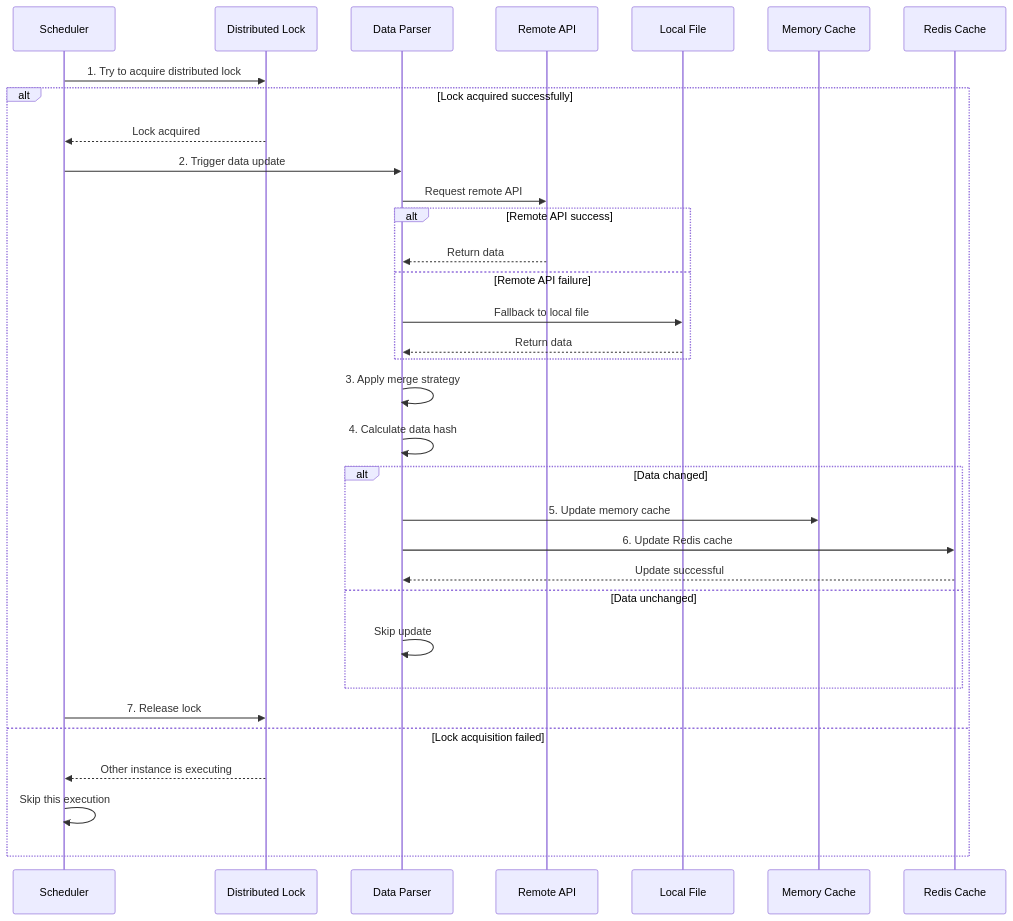
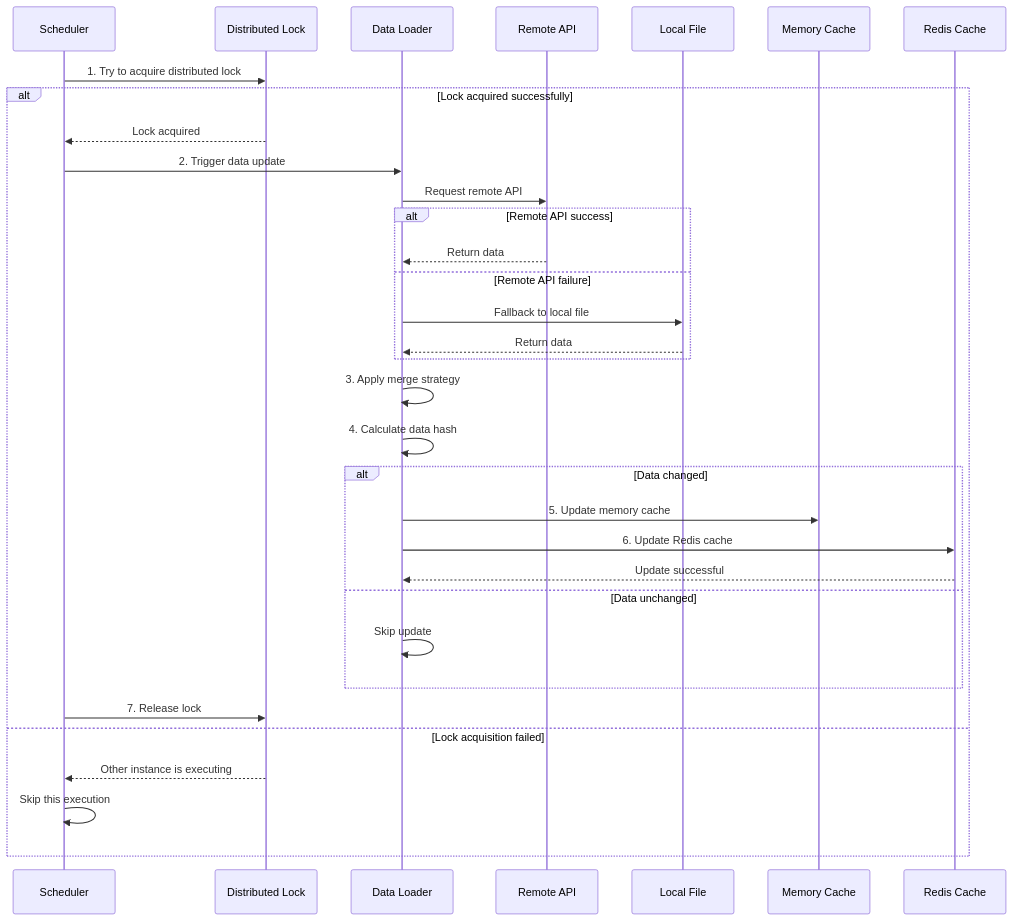
One commit to soulteary/warden changed the third of 7 diagrams in docs/deDE/ARCHITECTURE.md. Above: the diagram before and after it, drawn with Mermaid. The commit also changed other lines of this file and 30 other files, not shown here.

````diff
--- a/docs/deDE/ARCHITECTURE.md
+++ b/docs/deDE/ARCHITECTURE.md
@@ -132,36 +132,36 @@
 ```mermaid
 sequenceDiagram
     participant Scheduler as Scheduler
     participant Lock as Distributed Lock
-    participant Parser as Data Parser
+    participant Loader as Data Loader
     participant Remote as Remote API
     participant Local as Local File
     participant Memory as Memory Cache
     participant Redis as Redis Cache
 
     Scheduler->>Lock: 1. Try to acquire distributed lock
     alt Lock acquired successfully
         Lock-->>Scheduler: Lock acquired
-        Scheduler->>Parser: 2. Trigger data update
-        Parser->>Remote: Request remote API
+        Scheduler->>Loader: 2. Trigger data update
+        Loader->>Remote: Request remote API
         alt Remote API success
-            Remote-->>Parser: Return data
+            Remote-->>Loader: Return data
         else Remote API failure
-            Parser->>Local: Fallback to local file
-            Local-->>Parser: Return data
+            Loader->>Local: Fallback to local file
+            Local-->>Loader: Return data
         end
-        Parser->>Parser: 3. Apply merge strategy
-        Parser->>Parser: 4. Calculate data hash
+        Loader->>Loader: 3. Apply merge strategy
+        Loader->>Loader: 4. Calculate data hash
         alt Data changed
-            Parser->>Memory: 5. Update memory cache
-            Parser->>Redis: 6. Update Redis cache
-            Redis-->>Parser: Update successful
+            Loader->>Memory: 5. Update memory cache
+            Loader->>Redis: 6. Update Redis cache
+            Redis-->>Loader: Update successful
         else Data unchanged
-            Parser->>Parser: Skip update
+            Loader->>Loader: Skip update
         end
         Scheduler->>Lock: 7. Release lock
     else Lock acquisition failed
         Lock-->>Scheduler: Other instance is executing
         Scheduler->>Scheduler: Skip this execution
     end
 ```
````
